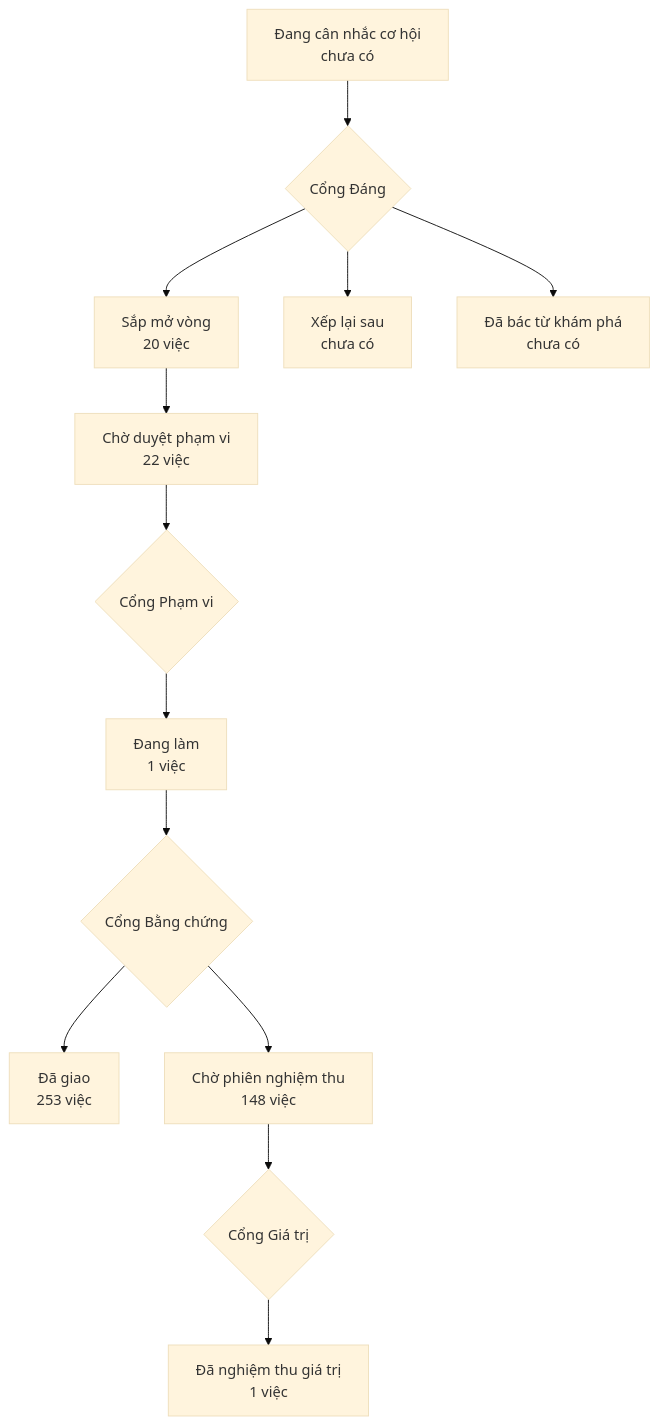
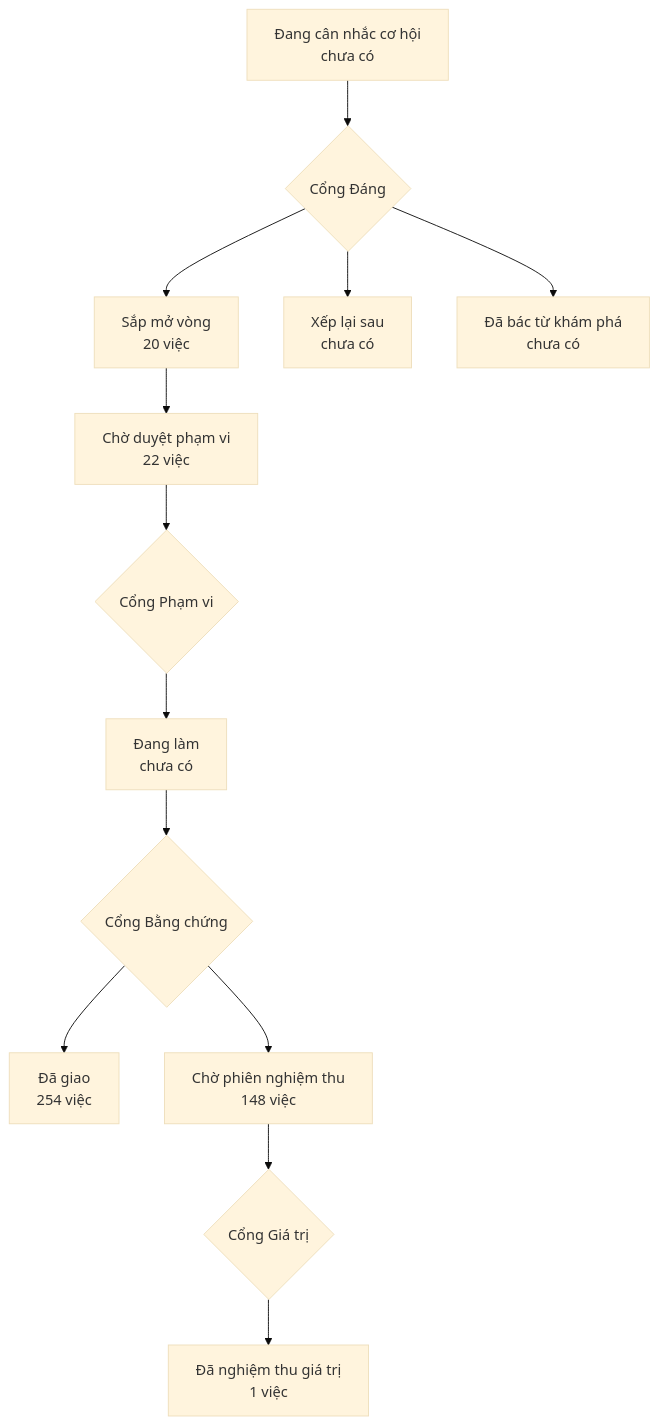
The diagram in PRODUCT-MAP.md (phanlemanh/onehub-invest), drawn with Mermaid (base theme) before and after one commit. The commit also changed other lines of this file and 3 other files, not shown here.

````diff
--- a/PRODUCT-MAP.md
+++ b/PRODUCT-MAP.md
@@ -7,12 +7,12 @@
 ```mermaid
 flowchart TD
   A["Đang cân nhắc cơ hội<br/>chưa có"] --> GD{"Cổng Đáng"}
   GD --> B["Sắp mở vòng<br/>20 việc"]
   GD --> XL["Xếp lại sau<br/>chưa có"]
   GD --> DB["Đã bác từ khám phá<br/>chưa có"]
   B --> CD["Chờ duyệt phạm vi<br/>22 việc"] --> GP{"Cổng Phạm vi"}
-  GP --> DL["Đang làm<br/>1 việc"] --> GB{"Cổng Bằng chứng"}
-  GB --> DG["Đã giao<br/>253 việc"]
+  GP --> DL["Đang làm<br/>chưa có"] --> GB{"Cổng Bằng chứng"}
+  GB --> DG["Đã giao<br/>254 việc"]
   GB --> CN["Chờ phiên nghiệm thu<br/>148 việc"] --> GG{"Cổng Giá trị"}
   GG --> NT["Đã nghiệm thu giá trị<br/>1 việc"]
 ```
````
